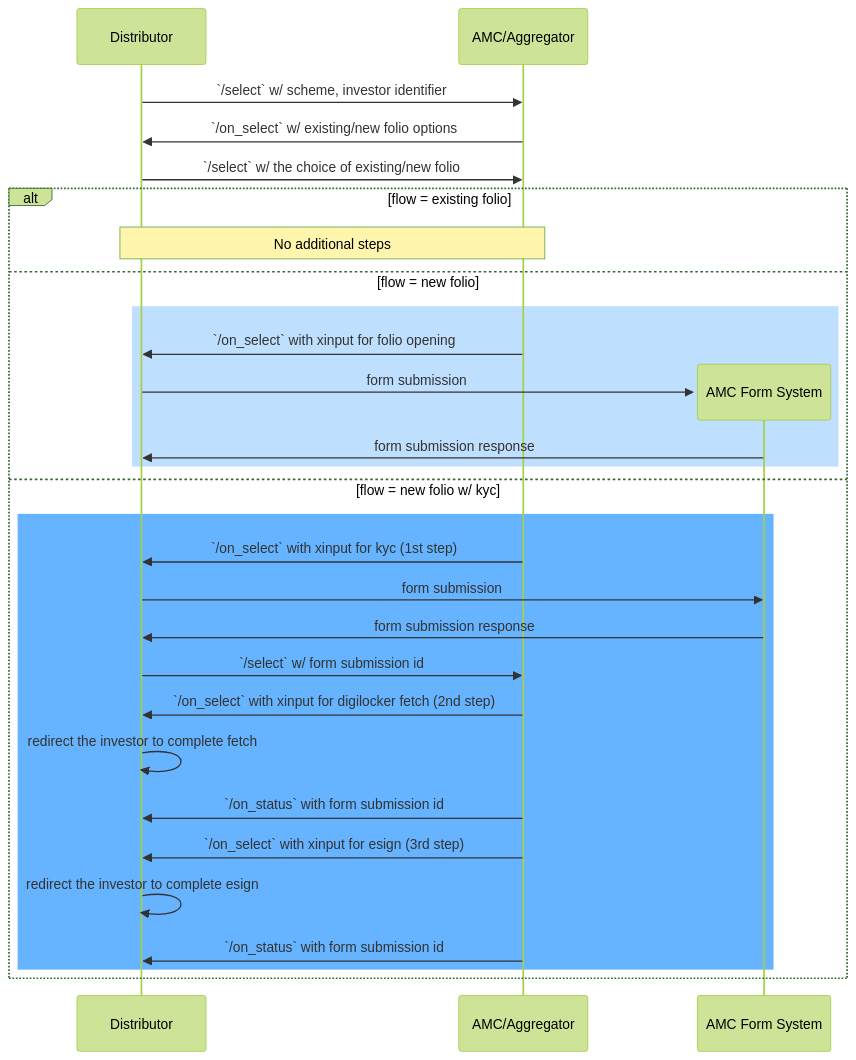
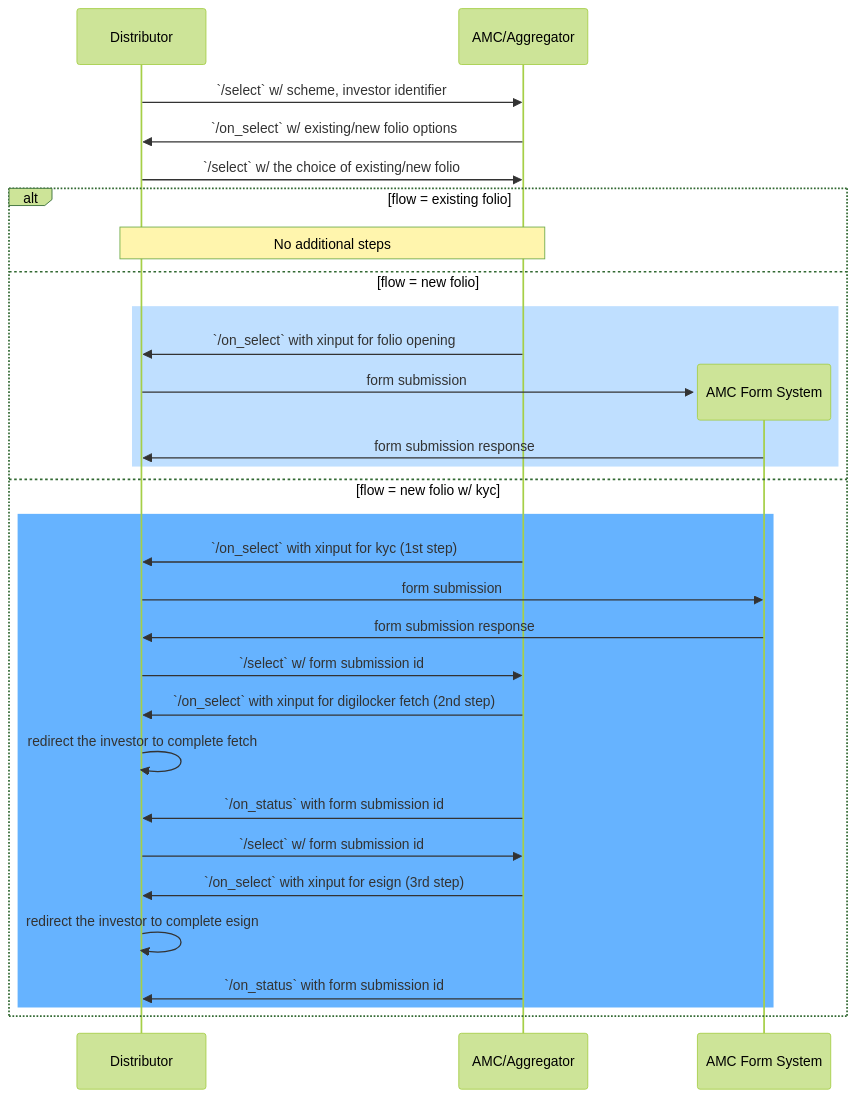
One commit to ONDC-Official/ONDC-FIS-Specifications changed the first of 5 diagrams in api/components/docs/stage-order.md. Above: the diagram before and after it, drawn with Mermaid (forest theme). The commit also changed other lines of this file and 4 other files, not shown here.

````diff
--- a/api/components/docs/stage-order.md
+++ b/api/components/docs/stage-order.md
@@ -55,31 +22,32 @@
 ```mermaid
 sequenceDiagram
     participant bap AS Distributor
     participant bpp AS AMC/Aggregator
     bap ->> bpp: `/select` w/ scheme, investor identifier
     bpp ->> bap: `/on_select` w/ existing/new folio options
     bap ->> bpp: `/select` w/ the choice of existing/new folio
     alt flow = existing folio
         Note over bap, bpp: No additional steps
     else flow = new folio
         rect rgb(191, 223, 255)
             bpp ->> bap: `/on_select` with xinput for folio opening
             create participant fs AS AMC Form System
             bap ->> fs: form submission
             fs ->> bap: form submission response
         end
     else flow = new folio w/ kyc
         rect rgb(102,179,255)
             bpp ->> bap: `/on_select` with xinput for kyc (1st step)
             bap ->> fs: form submission
             fs ->> bap: form submission response
             bap ->> bpp: `/select` w/ form submission id
             bpp ->> bap: `/on_select` with xinput for digilocker fetch (2nd step)
             bap ->> bap: redirect the investor to complete fetch
             bpp ->> bap: `/on_status` with form submission id
+            bap ->> bpp: `/select` w/ form submission id
             bpp ->> bap: `/on_select` with xinput for esign (3rd step)
             bap ->> bap: redirect the investor to complete esign
             bpp ->> bap: `/on_status` with form submission id
         end
     end
 ```
````
